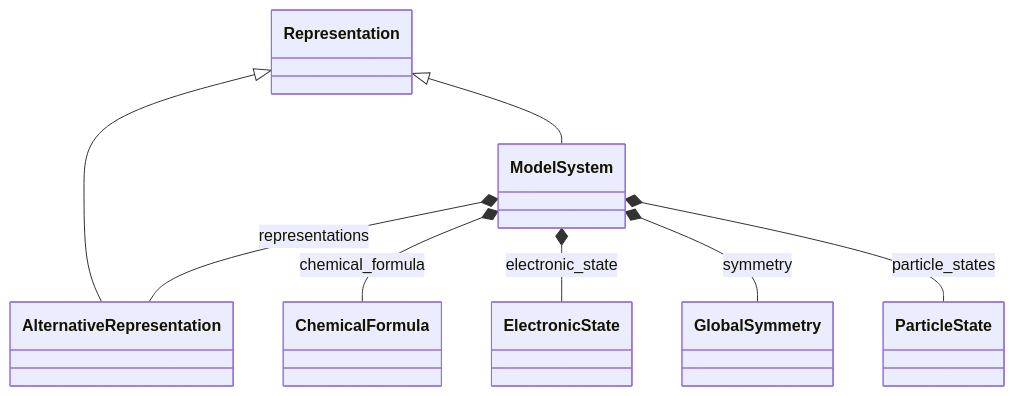
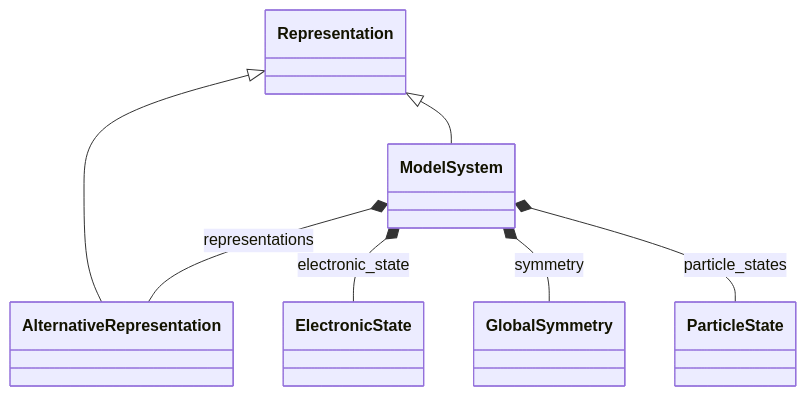
Before and after one commit to FAIRmat-NFDI/nomad-simulations: the diagram in docs/schema/model_system.md, drawn with Mermaid. The commit also changed 14 other files, not shown here.

First line of the commit message:
Replace the `ChemicalFormula` subsection with the inherited `chemical_formula` string

````diff
--- a/docs/schema/model_system.md
+++ b/docs/schema/model_system.md
@@ -11,17 +11,15 @@
 ```mermaid
 classDiagram
     class AlternativeRepresentation
-    class ChemicalFormula
     class ElectronicState
     class GlobalSymmetry
     class ModelSystem
     class ParticleState
     class Representation
     Representation <|-- AlternativeRepresentation
     Representation <|-- ModelSystem
     ModelSystem *-- AlternativeRepresentation : representations
-    ModelSystem *-- ChemicalFormula : chemical_formula
     ModelSystem *-- ElectronicState : electronic_state
     ModelSystem *-- GlobalSymmetry : symmetry
     ModelSystem *-- ParticleState : particle_states
 ```
````
